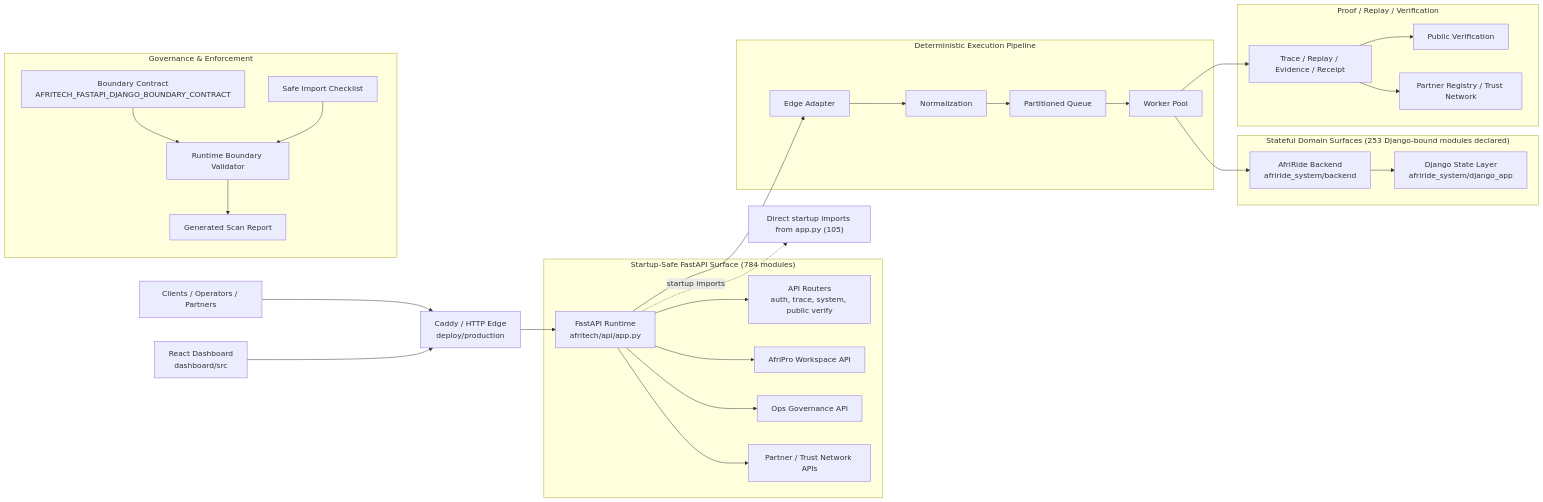
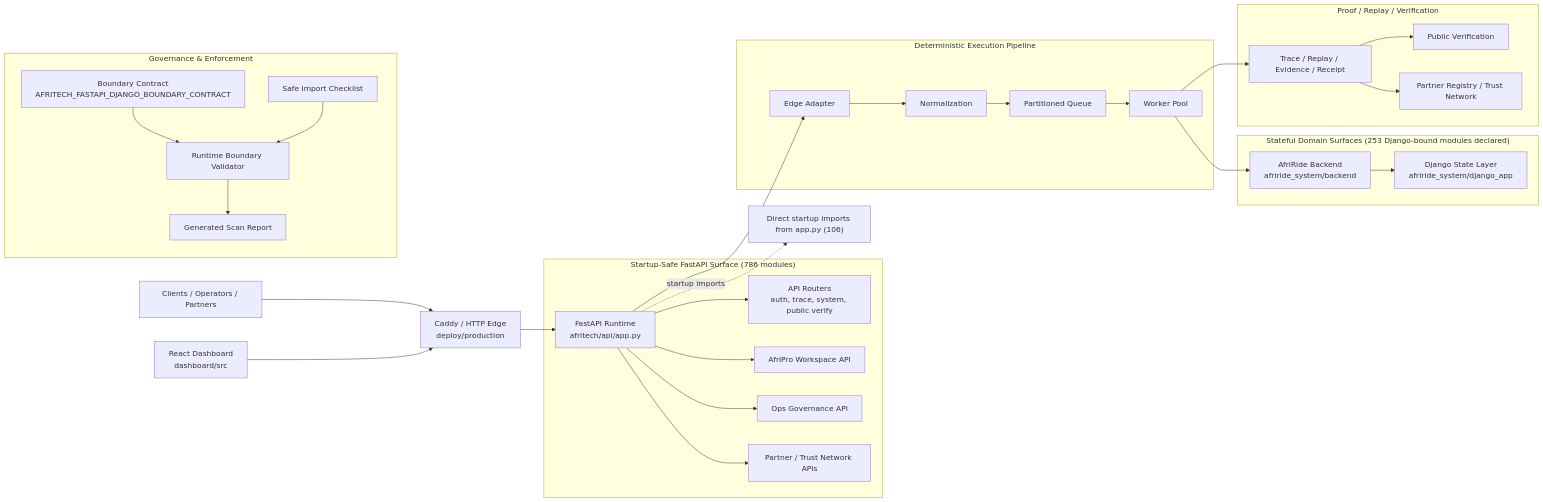
One commit to Strelly2023/afritelematics changed the first of 2 diagrams in docs/architecture/AFRITECH_FULL_ARCHITECTURE_GRAPH.md. Above: the diagram before and after it, drawn with Mermaid. The commit also changed other lines of this file and 15 other files, not shown here.

````diff
--- a/docs/architecture/AFRITECH_FULL_ARCHITECTURE_GRAPH.md
+++ b/docs/architecture/AFRITECH_FULL_ARCHITECTURE_GRAPH.md
@@ -22,39 +22,39 @@
 ```mermaid
 flowchart LR
     Client["Clients / Operators / Partners"] --> Edge["Caddy / HTTP Edge\ndeploy/production"]
     Dashboard["React Dashboard\ndashboard/src"] --> Edge
     Edge --> App["FastAPI Runtime\nafritech/api/app.py"]
 
-    subgraph FastAPI["Startup-Safe FastAPI Surface (784 modules)"]
+    subgraph FastAPI["Startup-Safe FastAPI Surface (786 modules)"]
         App --> Api["API Routers\nauth, trace, system, public verify"]
         App --> Workspace["AfriPro Workspace API"]
         App --> Governance["Ops Governance API"]
         App --> Trust["Partner / Trust Network APIs"]
     end
 
     subgraph Pipeline["Deterministic Execution Pipeline"]
         App --> Adapt["Edge Adapter"]
         Adapt --> Normalize["Normalization"]
         Normalize --> Queue["Partitioned Queue"]
         Queue --> Worker["Worker Pool"]
     end
 
     subgraph State["Stateful Domain Surfaces (253 Django-bound modules declared)"]
         Worker --> Domain["AfriRide Backend\nafriride_system/backend"]
         Domain --> Django["Django State Layer\nafriride_system/django_app"]
     end
 
     subgraph Proof["Proof / Replay / Verification"]
         Worker --> Trace["Trace / Replay / Evidence / Receipt"]
         Trace --> Public["Public Verification"]
         Trace --> Registry["Partner Registry / Trust Network"]
     end
 
     subgraph GovernancePlane["Governance & Enforcement"]
         Contract["Boundary Contract\nAFRITECH_FASTAPI_DJANGO_BOUNDARY_CONTRACT"] --> Validator["Runtime Boundary Validator"]
         Checklist["Safe Import Checklist"] --> Validator
         Validator --> Review["Generated Scan Report"]
     end
 
-    App -. startup imports .-> Imports["Direct startup imports from app.py (105)"]
+    App -. startup imports .-> Imports["Direct startup imports from app.py (106)"]
 ```
````
